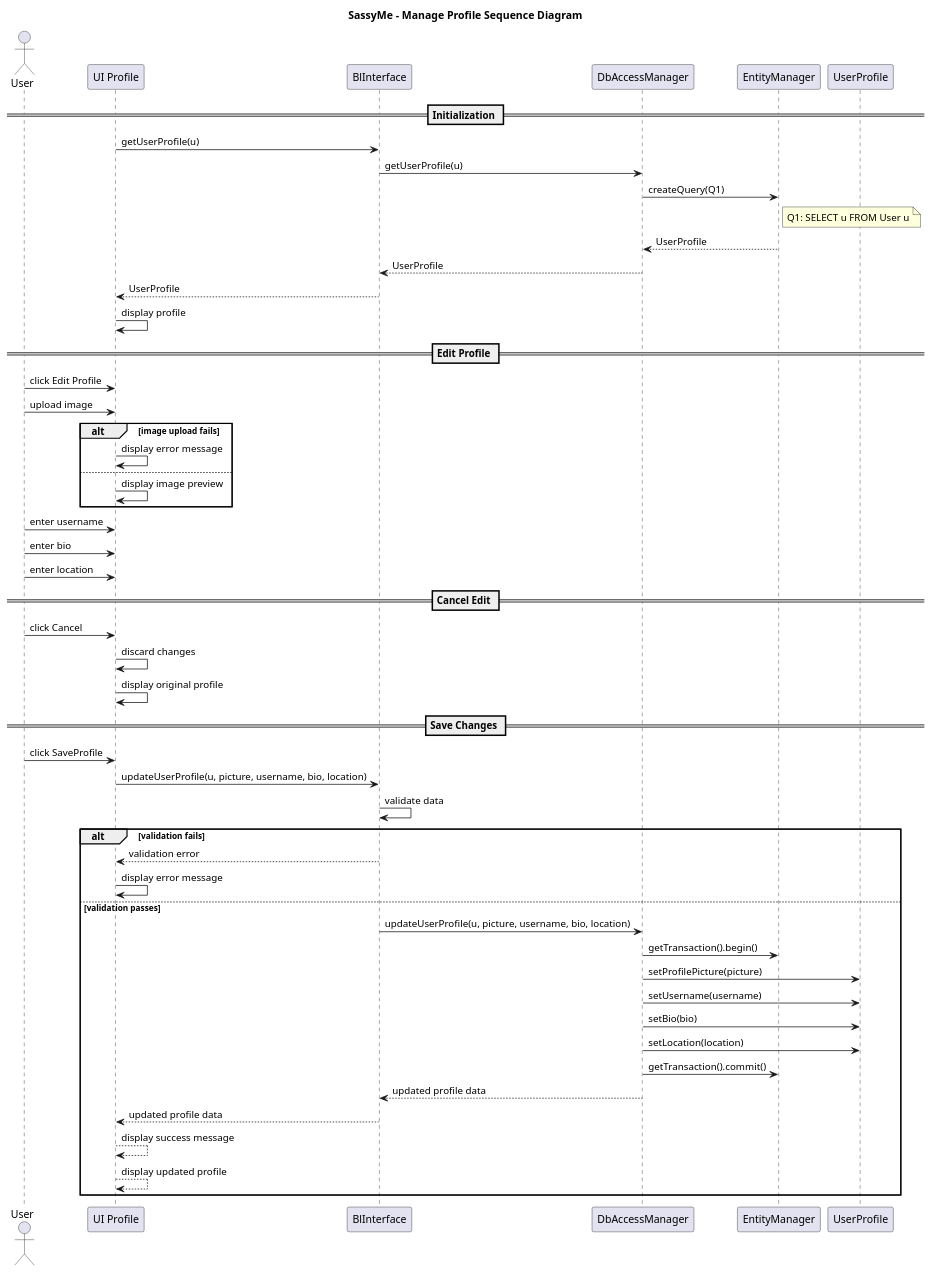
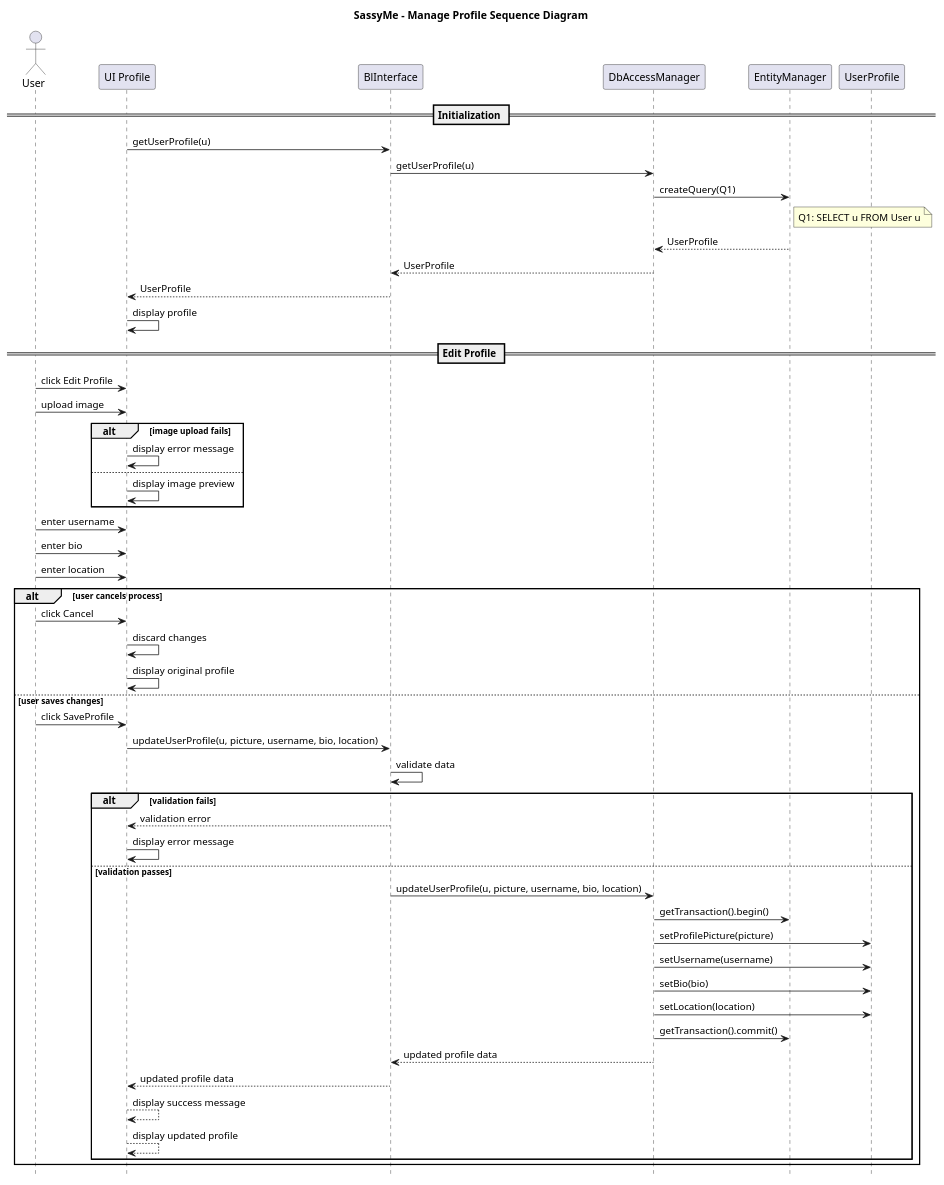
Before and after one commit to a-perz/sassy-fish-project: the diagram in docs/manageProfileSequence.puml, drawn with PlantUML. The commit also changed 5 other files, not shown here.

```diff
--- a/docs/manageProfileSequence.puml
+++ b/docs/manageProfileSequence.puml
@@ -1,73 +1,75 @@
 @startuml
 
 title SassyMe - Manage Profile Sequence Diagram
 
+hide footbox
 actor User
 participant "UI Profile" as UP
 participant "BlInterface" as BL
 participant "DbAccessManager" as DB
 participant "EntityManager" as EM
 participant UserProfile
 ' !!! User class = UserProfile to avoid confusion with Actor "User"
+
 
 == Initialization ==
 UP -> BL : getUserProfile(u)
 BL -> DB : getUserProfile(u)
 
 DB -> EM : createQuery(Q1)
 note right of EM
     Q1: SELECT u FROM User u
 end note
 
 EM --> DB : UserProfile
 DB --> BL : UserProfile
 BL --> UP : UserProfile
 UP -> UP : display profile
 
 == Edit Profile ==
 User -> UP : click Edit Profile
 User -> UP : upload image
 alt image upload fails
     UP -> UP : display error message
 else
     UP -> UP : display image preview
 end
 
 User -> UP : enter username
 User -> UP : enter bio
 User -> UP : enter location
 
 
 
-== Cancel Edit ==
-User -> UP : click Cancel
-UP -> UP : discard changes
-UP -> UP : display original profile 
+alt user cancels process
+    User -> UP : click Cancel
+    UP -> UP : discard changes
+    UP -> UP : display original profile 
+else user saves changes
+    User -> UP : click SaveProfile
+    UP -> BL : updateUserProfile(u, picture, username, bio, location)
+    BL -> BL : validate data
 
-== Save Changes ==
-User -> UP : click SaveProfile
-UP -> BL : updateUserProfile(u, picture, username, bio, location)
-BL -> BL : validate data
+    alt validation fails
+        BL --> UP : validation error
+        UP -> UP : display error message
 
-alt validation fails
-    BL --> UP : validation error
-    UP -> UP : display error message
+    else validation passes
+        BL -> DB : updateUserProfile(u, picture, username, bio, location)
+    
+        DB -> EM : getTransaction().begin()
+    
+        DB -> UserProfile : setProfilePicture(picture)
+        DB -> UserProfile : setUsername(username)
+        DB -> UserProfile: setBio(bio)
+        DB -> UserProfile : setLocation(location)
+    
+        DB -> EM : getTransaction().commit()
 
-else validation passes
-    BL -> DB : updateUserProfile(u, picture, username, bio, location)
-    
-    DB -> EM : getTransaction().begin()
-    
-    DB -> UserProfile : setProfilePicture(picture)
-    DB -> UserProfile : setUsername(username)
-    DB -> UserProfile: setBio(bio)
-    DB -> UserProfile : setLocation(location)
-    
-    DB -> EM : getTransaction().commit()
-
-    DB --> BL : updated profile data
-    BL --> UP : updated profile data
-    UP --> UP : display success message
-    UP --> UP : display updated profile
+        DB --> BL : updated profile data
+        BL --> UP : updated profile data
+        UP --> UP : display success message
+        UP --> UP : display updated profile
+    end
 end
 @enduml
```
